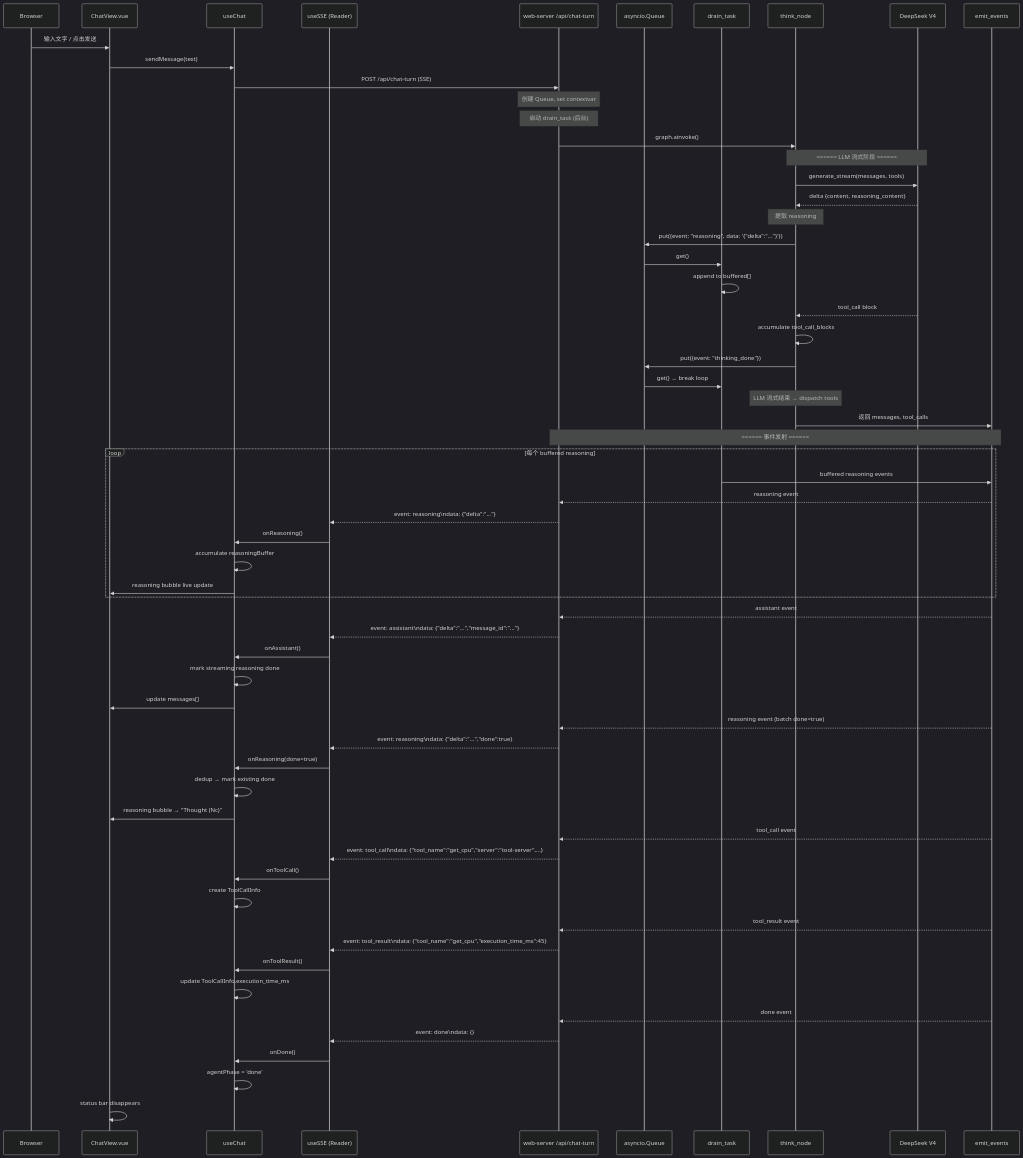
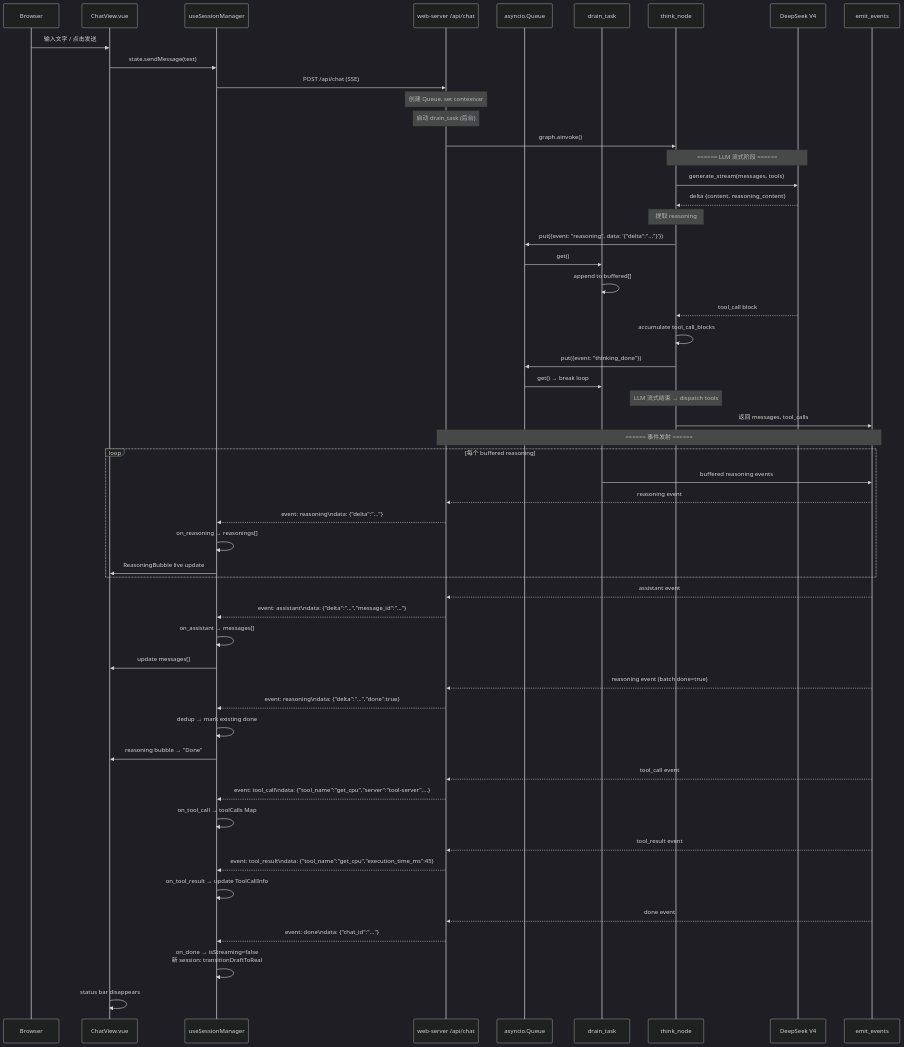
Before and after one commit to nazzeDe/alascup-agent: diagram 12 of 14 in web-server/graph.md, drawn with Mermaid (dark theme). The commit also changed other lines of this file and 24 other files, not shown here.

First line of the commit message:
refactor: replace useChat/useSSE/useSessions with unified useSessionManager

````diff
--- a/web-server/graph.md
+++ b/web-server/graph.md
@@ -869,79 +865,72 @@
 ```mermaid
 sequenceDiagram
     participant U as Browser
     participant CV as ChatView.vue
-    participant UC as useChat
-    participant SSE as useSSE (Reader)
-    participant WS as web-server /api/chat-turn
+    participant SM as useSessionManager
+    participant WS as web-server /api/chat
     participant Q as asyncio.Queue
     participant DT as drain_task
     participant TH as think_node
     participant LLM as DeepSeek V4
     participant EM as emit_events
 
     U->>CV: 输入文字 / 点击发送
-    CV->>UC: sendMessage(text)
-    UC->>WS: POST /api/chat-turn (SSE)
+    CV->>SM: state.sendMessage(text)
+    SM->>WS: POST /api/chat (SSE)
 
     Note over WS: 创建 Queue, set contextvar
     Note over WS: 启动 drain_task (后台)
 
     WS->>TH: graph.ainvoke()
 
     Note over TH,LLM: ====== LLM 流式阶段 ======
 
     TH->>LLM: generate_stream(messages, tools)
     LLM-->>TH: delta {content, reasoning_content}
     Note over TH: 提取 reasoning
     TH->>Q: put({event: "reasoning", data: '{"delta":"..."}'})
     Q->>DT: get()
     DT->>DT: append to buffered[]
 
     LLM-->>TH: tool_call block
     TH->>TH: accumulate tool_call_blocks
 
     TH->>Q: put({event: "thinking_done"})
     Q->>DT: get() → break loop
     Note over TH: LLM 流式结束 → dispatch tools
 
     TH->>EM: 返回 messages, tool_calls
 
     Note over WS,EM: ====== 事件发射 ======
 
     loop 每个 buffered reasoning
         DT->>EM: buffered reasoning events
         EM-->>WS: reasoning event
-        WS-->>SSE: event: reasoning\ndata: {"delta":"..."}
-        SSE->>UC: onReasoning()
-        UC->>UC: accumulate reasoningBuffer
-        UC->>CV: reasoning bubble live update
+        WS-->>SM: event: reasoning\ndata: {"delta":"..."}
+        SM->>SM: on_reasoning → reasonings[]
+        SM->>CV: ReasoningBubble live update
     end
 
     EM-->>WS: assistant event
-    WS-->>SSE: event: assistant\ndata: {"delta":"...","message_id":"..."}
-    SSE->>UC: onAssistant()
-    UC->>UC: mark streaming reasoning done
-    UC->>CV: update messages[]
+    WS-->>SM: event: assistant\ndata: {"delta":"...","message_id":"..."}
+    SM->>SM: on_assistant → messages[]
+    SM->>CV: update messages[]
 
     EM-->>WS: reasoning event (batch done=true)
-    WS-->>SSE: event: reasoning\ndata: {"delta":"...","done":true}
-    SSE->>UC: onReasoning(done=true)
-    UC->>UC: dedup → mark existing done
-    UC->>CV: reasoning bubble → "Thought (Nc)"
+    WS-->>SM: event: reasoning\ndata: {"delta":"...","done":true}
+    SM->>SM: dedup → mark existing done
+    SM->>CV: reasoning bubble → "Done"
 
     EM-->>WS: tool_call event
-    WS-->>SSE: event: tool_call\ndata: {"tool_name":"get_cpu","server":"tool-server",...}
-    SSE->>UC: onToolCall()
-    UC->>UC: create ToolCallInfo
+    WS-->>SM: event: tool_call\ndata: {"tool_name":"get_cpu","server":"tool-server",...}
+    SM->>SM: on_tool_call → toolCalls Map
 
     EM-->>WS: tool_result event
-    WS-->>SSE: event: tool_result\ndata: {"tool_name":"get_cpu","execution_time_ms":45}
-    SSE->>UC: onToolResult()
-    UC->>UC: update ToolCallInfo.execution_time_ms
+    WS-->>SM: event: tool_result\ndata: {"tool_name":"get_cpu","execution_time_ms":45}
+    SM->>SM: on_tool_result → update ToolCallInfo
 
     EM-->>WS: done event
-    WS-->>SSE: event: done\ndata: {}
-    SSE->>UC: onDone()
-    UC->>UC: agentPhase = 'done'
+    WS-->>SM: event: done\ndata: {"chat_id":"..."}
+    SM->>SM: on_done → isStreaming=false<br/>新 session: transitionDraftToReal
     CV->>CV: status bar disappears
 ```
````
